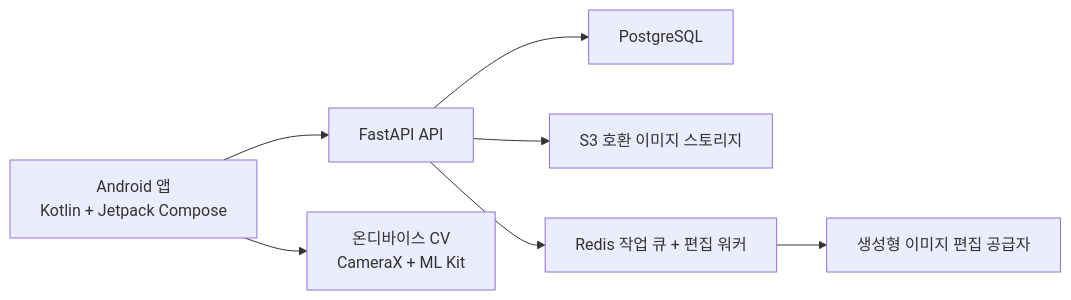
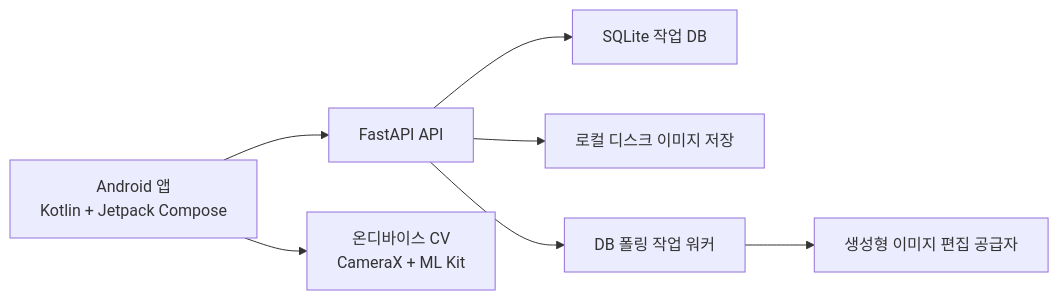
One commit to madcamp-official/26s-w4-c1-03 changed the diagram in docs/MOODFRAME_2인_개발_로드맵.md. Above: the diagram before and after it, drawn with Mermaid. The commit also changed other lines of this file and 6 other files, not shown here.

````diff
--- a/docs/MOODFRAME_2인_개발_로드맵.md
+++ b/docs/MOODFRAME_2인_개발_로드맵.md
@@ -56,9 +56,9 @@
 ```mermaid
 flowchart LR
   A["Android 앱<br/>Kotlin + Jetpack Compose"] --> B["FastAPI API"]
   A --> C["온디바이스 CV<br/>CameraX + ML Kit"]
-  B --> D["PostgreSQL"]
-  B --> E["S3 호환 이미지 스토리지"]
-  B --> F["Redis 작업 큐 + 편집 워커"]
+  B --> D["SQLite 작업 DB"]
+  B --> E["로컬 디스크 이미지 저장"]
+  B --> F["DB 폴링 작업 워커"]
   F --> G["생성형 이미지 편집 공급자"]
 ```
````
